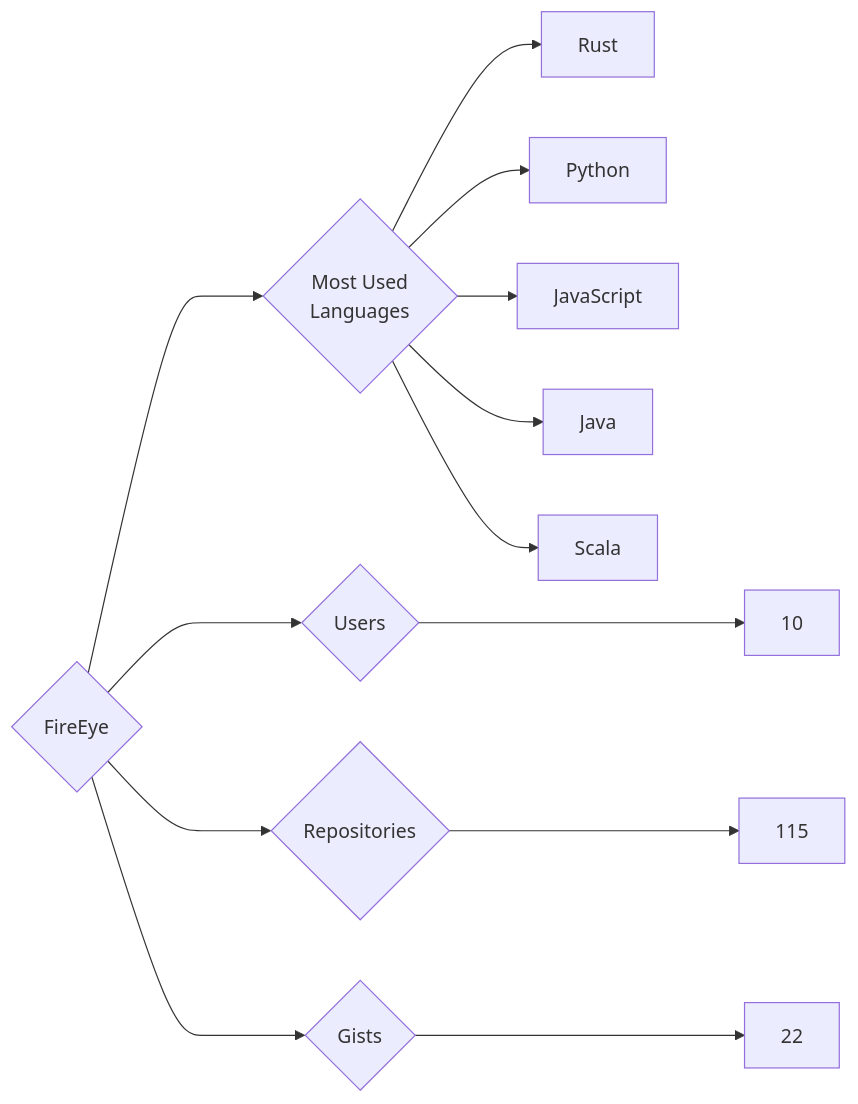
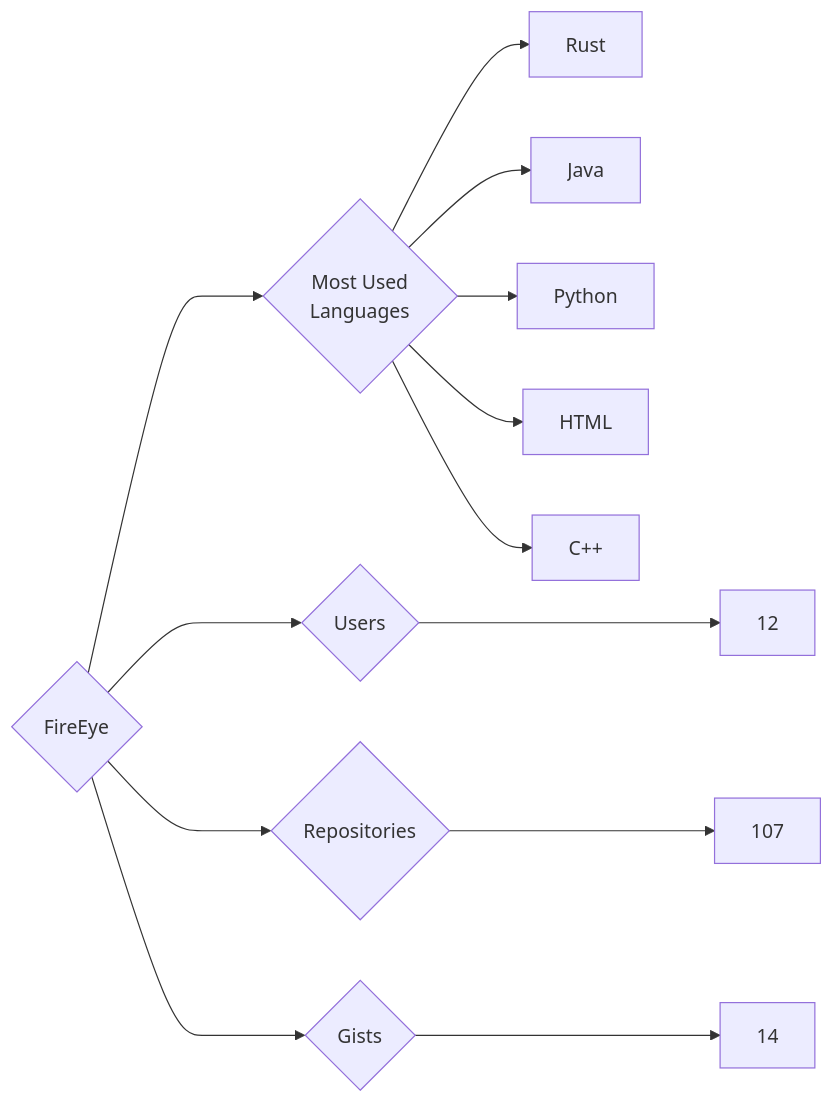
One commit to trickest/insiders changed the diagram in targets/FireEye/README.md. Above: the diagram before and after it, drawn with Mermaid. The commit also changed 1195 other files, not shown here.

````diff
--- a/targets/FireEye/README.md
+++ b/targets/FireEye/README.md
@@ -3,13 +3,13 @@
 ```mermaid
 graph LR
 COMPANY_NAME{FireEye}
-COMPANY_NAME ---> U{Users} ---> UN[10]
-COMPANY_NAME ---> R{Repositories} ---> RN[115]
-COMPANY_NAME ---> G{Gists} ---> GN[22]
+COMPANY_NAME ---> U{Users} ---> UN[12]
+COMPANY_NAME ---> R{Repositories} ---> RN[107]
+COMPANY_NAME ---> G{Gists} ---> GN[14]
 COMPANY_NAME ---> ML{Most Used<br>Languages}
 ML --> Rust[Rust]
+ML --> Java[Java]
 ML --> Python[Python]
-ML --> JavaScript[JavaScript]
-ML --> Java[Java]
-ML --> Scala[Scala]
+ML --> HTML[HTML]
+ML --> C++[C++]
 ```
````
